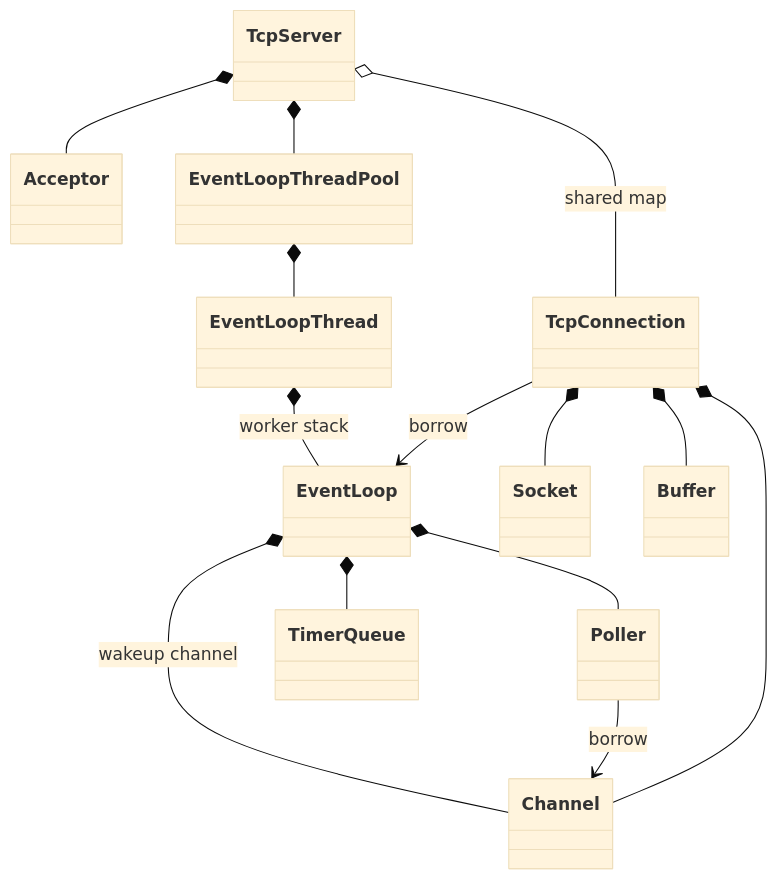
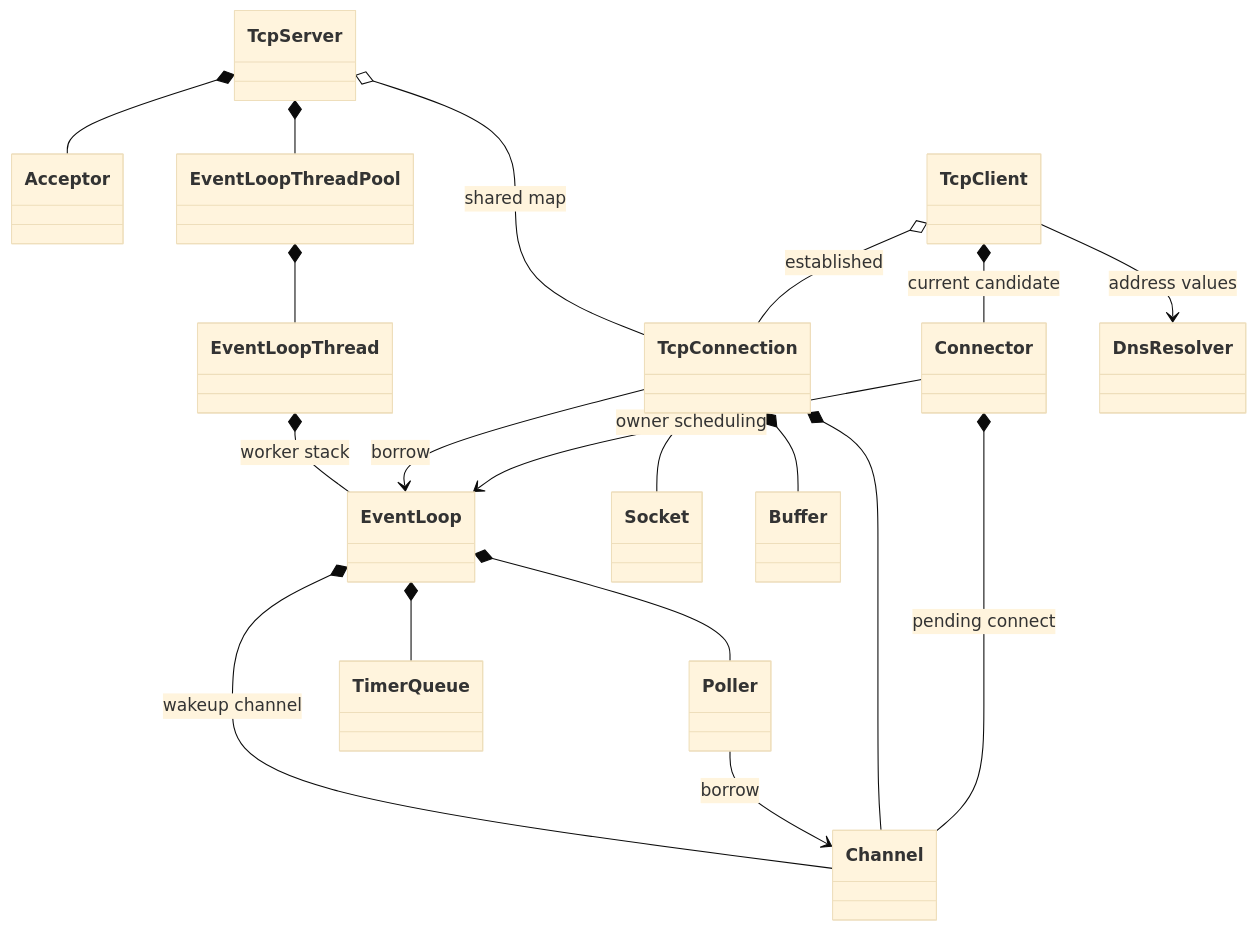
One commit to YanqingXu/mini_trantor changed the second of 2 diagrams in docs/framework_understanding.md. Above: the diagram before and after it, drawn with Mermaid (base theme). The commit also changed other lines of this file and 24 other files, not shown here.

````diff
--- a/docs/framework_understanding.md
+++ b/docs/framework_understanding.md
@@ -309,16 +335,21 @@
 ```mermaid
 classDiagram
     EventLoop *-- Poller
     EventLoop *-- TimerQueue
     EventLoop *-- Channel : wakeup channel
     Poller --> Channel : borrow
     TcpServer *-- Acceptor
     TcpServer *-- EventLoopThreadPool
     EventLoopThreadPool *-- EventLoopThread
     EventLoopThread *-- EventLoop : worker stack
     TcpServer o-- TcpConnection : shared map
     TcpConnection *-- Socket
     TcpConnection *-- Channel
     TcpConnection *-- Buffer
     TcpConnection --> EventLoop : borrow
+    TcpClient o-- TcpConnection : established
+    TcpClient *-- Connector : current candidate
+    TcpClient --> DnsResolver : address values
+    Connector *-- Channel : pending connect
+    Connector --> EventLoop : owner scheduling
 ```
````
